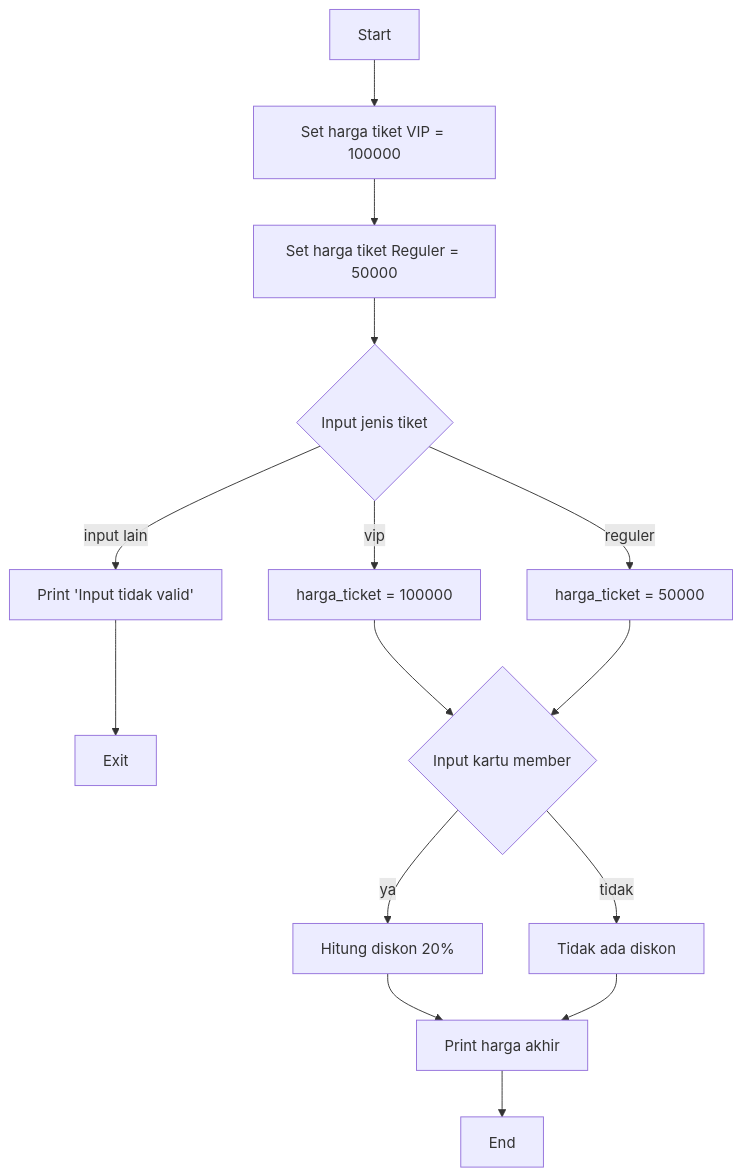
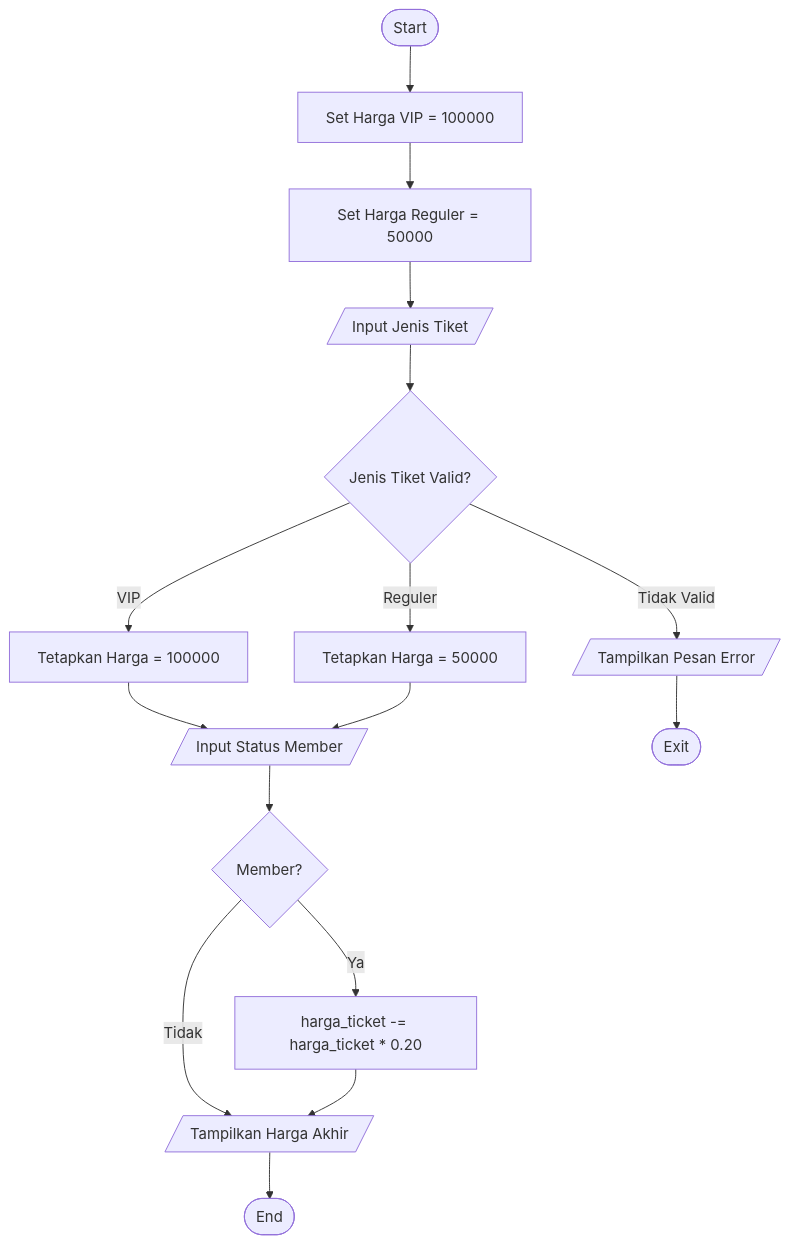
The first of 2 diagrams in README.md (AugustRmd/labpy02), drawn with Mermaid before and after one commit.

`````diff
--- a/README.md
+++ b/README.md
@@ -12,23 +12,24 @@
 ````mermaid
 flowchart TD
-    A[Start] --> B[Set harga tiket VIP = 100000]
-    B --> C[Set harga tiket Reguler = 50000]
-    C --> D{Input jenis tiket}
+    A([Start]) --> B[Set Harga VIP = 100000]
+    B --> C[Set Harga Reguler = 50000]
+    C --> D[/Input Jenis Tiket/]
     
-    D -->|vip| E[harga_ticket = 100000]
-    D -->|reguler| F[harga_ticket = 50000]
-    D -->|input lain| G[Print 'Input tidak valid']
-    G --> H[Exit]
+    D --> E{Jenis Tiket Valid?}
+    E -->|VIP| F[Tetapkan Harga = 100000]
+    E -->|Reguler| G[Tetapkan Harga = 50000]
+    E -->|Tidak Valid| H[/Tampilkan Pesan Error/]
     
-    E --> I{Input kartu member}
-    F --> I
+    F --> I[/Input Status Member/]
+    G --> I
+    H --> J([Exit])
     
-    I -->|ya| J[Hitung diskon 20%]
-    I -->|tidak| K[Tidak ada diskon]
+    I --> K{Member?}
+    K -->|Ya| N[harga_ticket -= harga_ticket * 0.20]
+    K -->|Tidak| O[/Tampilkan Harga Akhir/]
     
-    J --> L[Print harga akhir]
-    K --> L
     
-    L --> M[End]
+    N --> O[/Tampilkan Harga Akhir/]
+    O --> P([End])
 
 ````
`````
